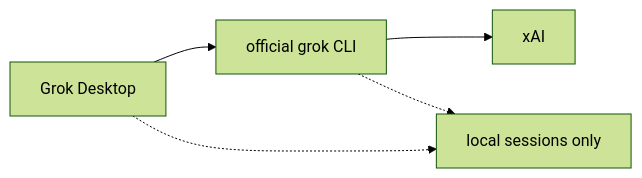
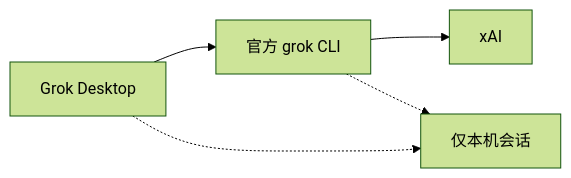
Before and after one commit to AvaterXXX/grok-desktop: the diagram in README.md, drawn with Mermaid (forest theme). The commit also changed other lines of this file and 1 other file, not shown here.

````diff
--- a/README.md
+++ b/README.md
@@ -57,7 +55,7 @@
 ```mermaid
 flowchart LR
-  A[Grok Desktop] --> B[official grok CLI]
+  A[Grok Desktop] --> B[官方 grok CLI]
   B --> C[xAI]
-  A -.-> D[local sessions only]
+  A -.-> D[仅本机会话]
   B -.-> D
 ```
````
